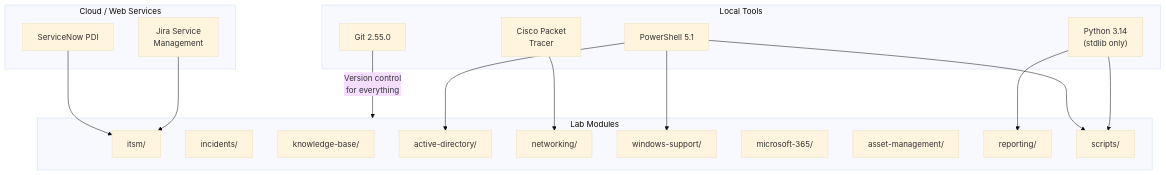
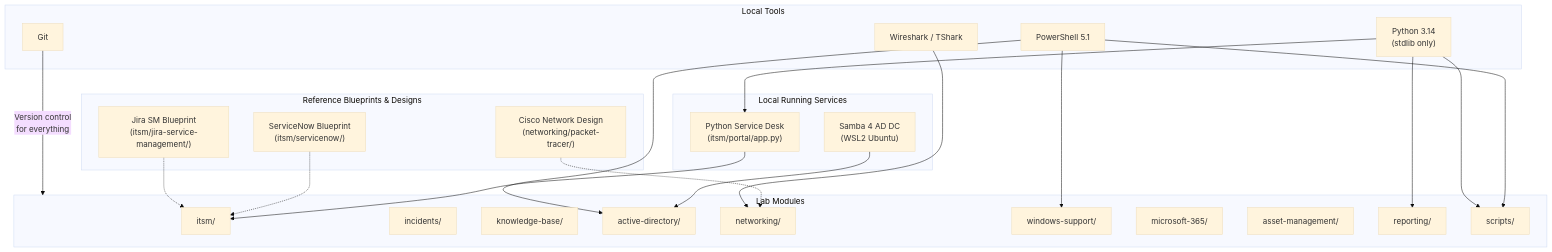
One commit to sameerhdevops/enterprise-it-service-desk-lab changed the third of 3 diagrams in docs/architecture.md. Above: the diagram before and after it, drawn with Mermaid (base theme). The commit also changed other lines of this file and 60 other files, not shown here.

````diff
--- a/docs/architecture.md
+++ b/docs/architecture.md
@@ -83,41 +83,51 @@
 ```mermaid
 flowchart TD
-    subgraph Cloud["Cloud / Web Services"]
-        SN["ServiceNow PDI"]
-        JIRA["Jira Service\nManagement"]
+    subgraph Deployed["Local Running Services"]
+        PORTAL["Python Service Desk\n(itsm/portal/app.py)"]
+        SAMBA["Samba 4 AD DC\n(WSL2 Ubuntu)"]
+    end
+
+    subgraph Reference["Reference Blueprints & Designs"]
+        SN["ServiceNow Blueprint\n(itsm/servicenow/)"]
+        JIRA["Jira SM Blueprint\n(itsm/jira-service-management/)"]
+        PT["Cisco Network Design\n(networking/packet-tracer/)"]
     end
 
     subgraph Local["Local Tools"]
         PS["PowerShell 5.1"]
         PY["Python 3.14\n(stdlib only)"]
-        GIT["Git 2.55.0"]
-        PT["Cisco Packet\nTracer"]
+        GIT["Git"]
+        TSHARK["Wireshark / TShark"]
     end
 
     subgraph Modules["Lab Modules"]
         ITSM_M["itsm/"]
         INC_M["incidents/"]
         KB_M["knowledge-base/"]
         AD_M["active-directory/"]
         NET_M["networking/"]
         WIN_M["windows-support/"]
         M365_M["microsoft-365/"]
         ASSET_M["asset-management/"]
         REP_M["reporting/"]
         SCRIPTS_M["scripts/"]
     end
 
-    SN --> ITSM_M
-    JIRA --> ITSM_M
+    PORTAL --> ITSM_M
+    SN -.-> ITSM_M
+    JIRA -.-> ITSM_M
+    SAMBA --> AD_M
 
     PS --> WIN_M
     PS --> AD_M
     PS --> SCRIPTS_M
 
     PY --> REP_M
     PY --> SCRIPTS_M
+    PY --> PORTAL
 
-    PT --> NET_M
+    PT -.-> NET_M
+    TSHARK --> NET_M
 
     GIT --> |"Version control\nfor everything"| Modules
 ```
````
